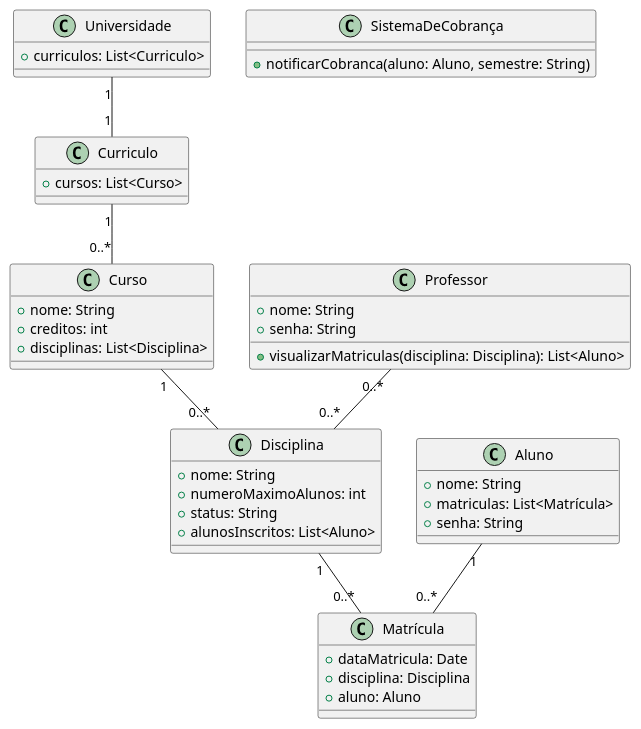
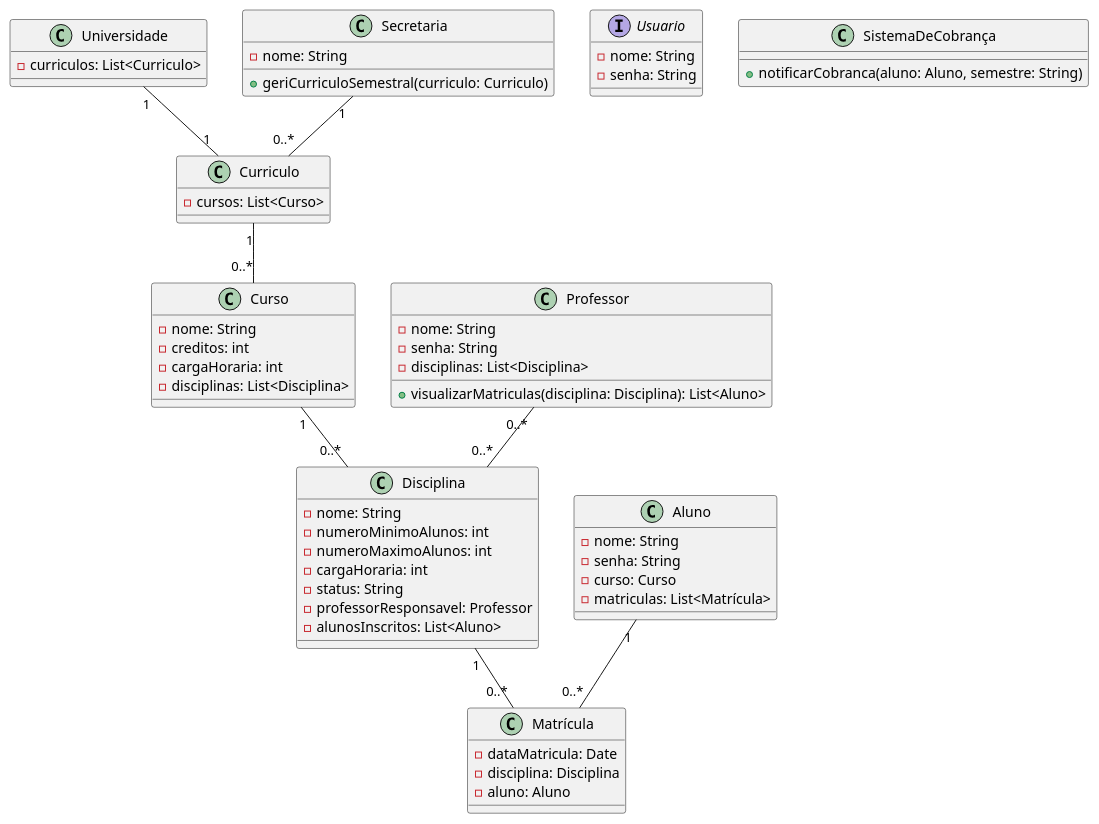
The diagram in projeto/diagramaClasse.plantuml (JoaoYM/Lab.-Desenvolvimento-de-Software), drawn with PlantUML before and after one commit. The commit also changed 1 other file, not shown here.

Commit message:
atualizações no diagrama de classe - sprint 2

```diff
--- a/projeto/diagramaClasse.plantuml
+++ b/projeto/diagramaClasse.plantuml
@@ -1,52 +1,69 @@
 @startuml
 class Universidade {
-    +curriculos: List<Curriculo>
+    -curriculos: List<Curriculo>
 }
 
 class Curriculo {
-    +cursos: List<Curso>
+    -cursos: List<Curso>
 }
 
 class Curso {
-    +nome: String
-    +creditos: int
-    +disciplinas: List<Disciplina>
+    -nome: String
+    -creditos: int
+    -cargaHoraria: int
+    -disciplinas: List<Disciplina>
 }
 
 class Disciplina {
-    +nome: String
-    +numeroMaximoAlunos: int
-    +status: String
-    +alunosInscritos: List<Aluno>
+    -nome: String
+    -numeroMinimoAlunos: int
+    -numeroMaximoAlunos: int
+    -cargaHoraria: int
+    -status: String
+    -professorResponsavel: Professor
+    -alunosInscritos: List<Aluno>
+}
+
+interface Usuario {
+    -nome: String
+    -senha: String
 }
 
 class Aluno {
-    +nome: String
-    +matriculas: List<Matrícula>
-    +senha: String
+    -nome: String
+    -senha: String
+    -curso: Curso
+    -matriculas: List<Matrícula>
 }
 
 class Professor {
-    +nome: String
+    -nome: String
+    -senha: String
+    -disciplinas: List<Disciplina>
     +visualizarMatriculas(disciplina: Disciplina): List<Aluno>
-    +senha: String
+}
+
+class Secretaria {
+    -nome: String
+    +geriCurriculoSemestral(curriculo: Curriculo)
 }
 
 class Matrícula {
-    +dataMatricula: Date
-    +disciplina: Disciplina
-    +aluno: Aluno
+    -dataMatricula: Date
+    -disciplina: Disciplina
+    -aluno: Aluno
 }
 
 class SistemaDeCobrança {
     +notificarCobranca(aluno: Aluno, semestre: String)
 }
 
 Universidade "1" -- "1" Curriculo
+Secretaria "1" -- "0..*" Curriculo
 Curriculo "1" -- "0..*" Curso
 Curso "1" -- "0..*" Disciplina
 Disciplina "1" -- "0..*" Matrícula
 Aluno "1" -- "0..*" Matrícula
 Professor "0..*" -- "0..*" Disciplina
 
 @enduml
```
